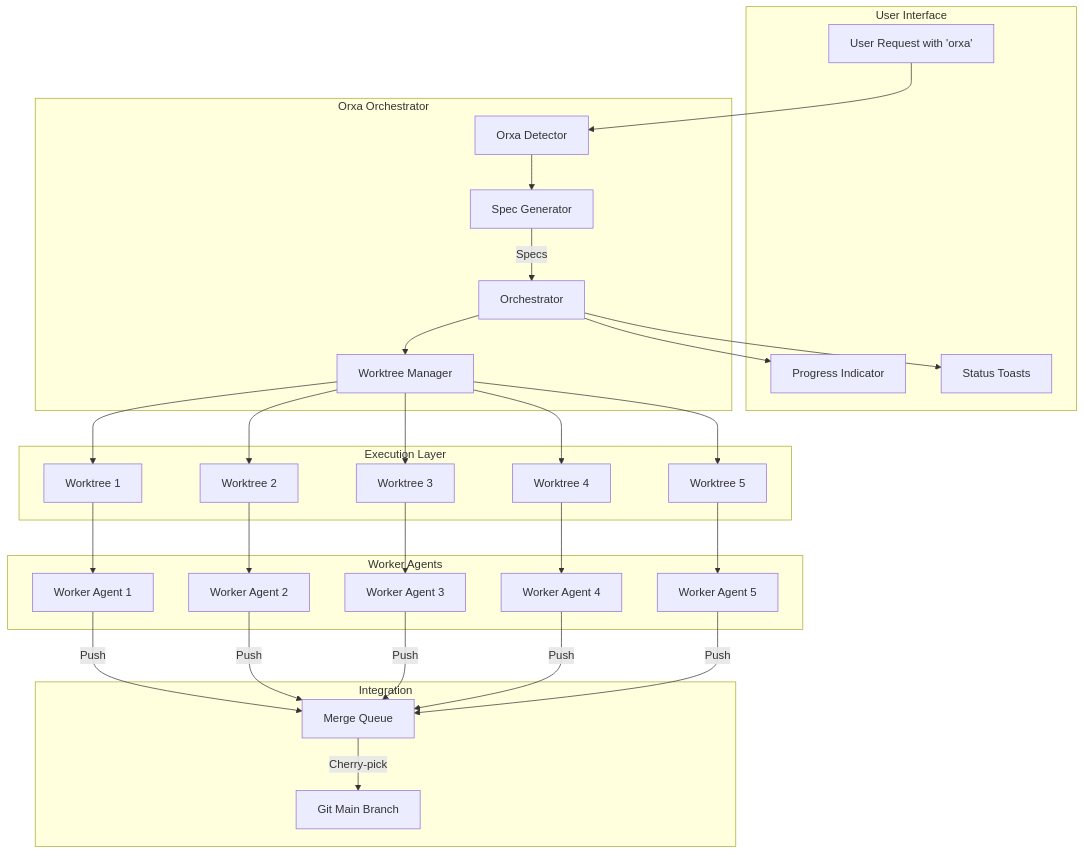
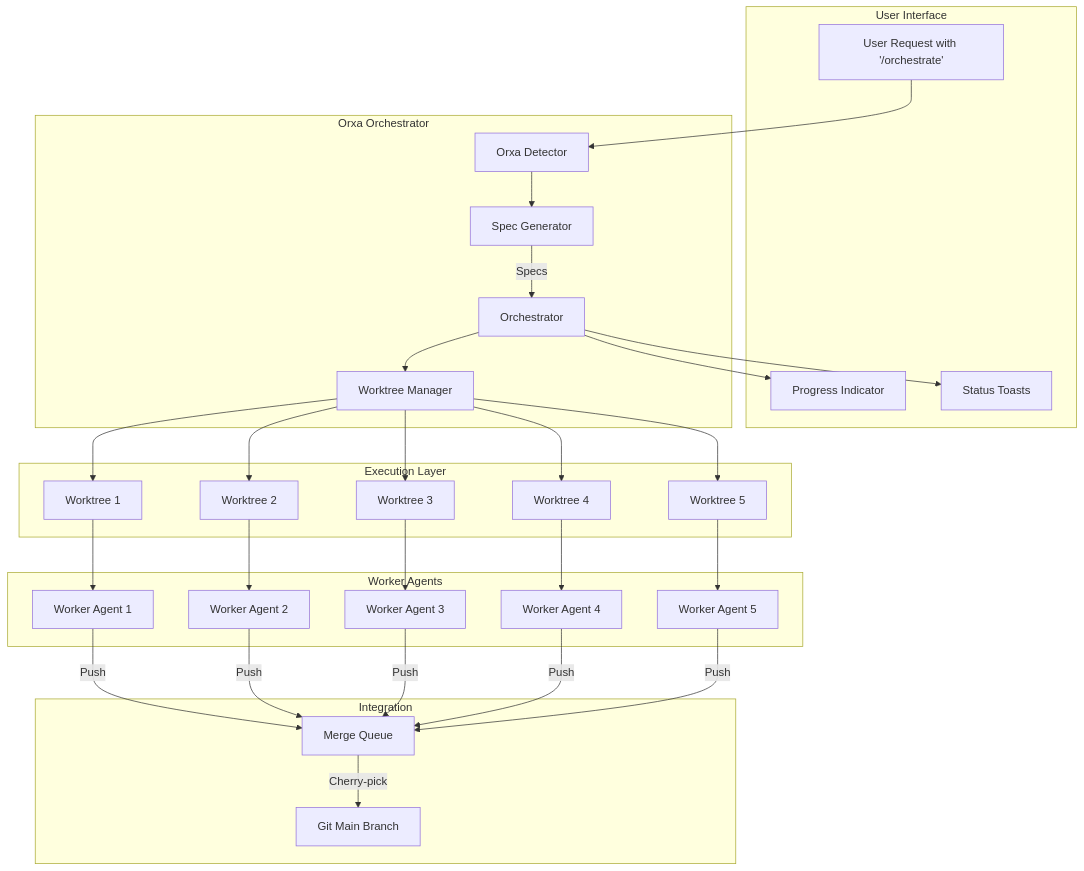
One commit to Reliability-Works/opencode-orxa changed the first of 2 diagrams in docs/ORXA-MODE.md. Above: the diagram before and after it, drawn with Mermaid. The commit also changed other lines of this file and 33 other files, not shown here.

````diff
--- a/docs/ORXA-MODE.md
+++ b/docs/ORXA-MODE.md
@@ -90,59 +90,59 @@
 ```mermaid
 graph TB
     subgraph "User Interface"
-        UI[User Request with 'orxa']
+        UI[User Request with '/orchestrate']
         IND[Progress Indicator]
         TOAST[Status Toasts]
     end
     
     subgraph "Orxa Orchestrator"
         DET[Orxa Detector]
         SG[Spec Generator]
         WM[Worktree Manager]
         O[Orchestrator]
     end
     
     subgraph "Execution Layer"
         WT1[Worktree 1]
         WT2[Worktree 2]
         WT3[Worktree 3]
         WT4[Worktree 4]
         WT5[Worktree 5]
     end
     
     subgraph "Worker Agents"
         W1[Worker Agent 1]
         W2[Worker Agent 2]
         W3[Worker Agent 3]
         W4[Worker Agent 4]
         W5[Worker Agent 5]
     end
     
     subgraph "Integration"
         MQ[Merge Queue]
         GIT[Git Main Branch]
     end
     
     UI --> DET
     DET --> SG
     SG -->|Specs| O
     O --> WM
     WM --> WT1
     WM --> WT2
     WM --> WT3
     WM --> WT4
     WM --> WT5
     WT1 --> W1
     WT2 --> W2
     WT3 --> W3
     WT4 --> W4
     WT5 --> W5
     W1 -->|Push| MQ
     W2 -->|Push| MQ
     W3 -->|Push| MQ
     W4 -->|Push| MQ
     W5 -->|Push| MQ
     MQ -->|Cherry-pick| GIT
     O --> IND
     O --> TOAST
 ```
````
